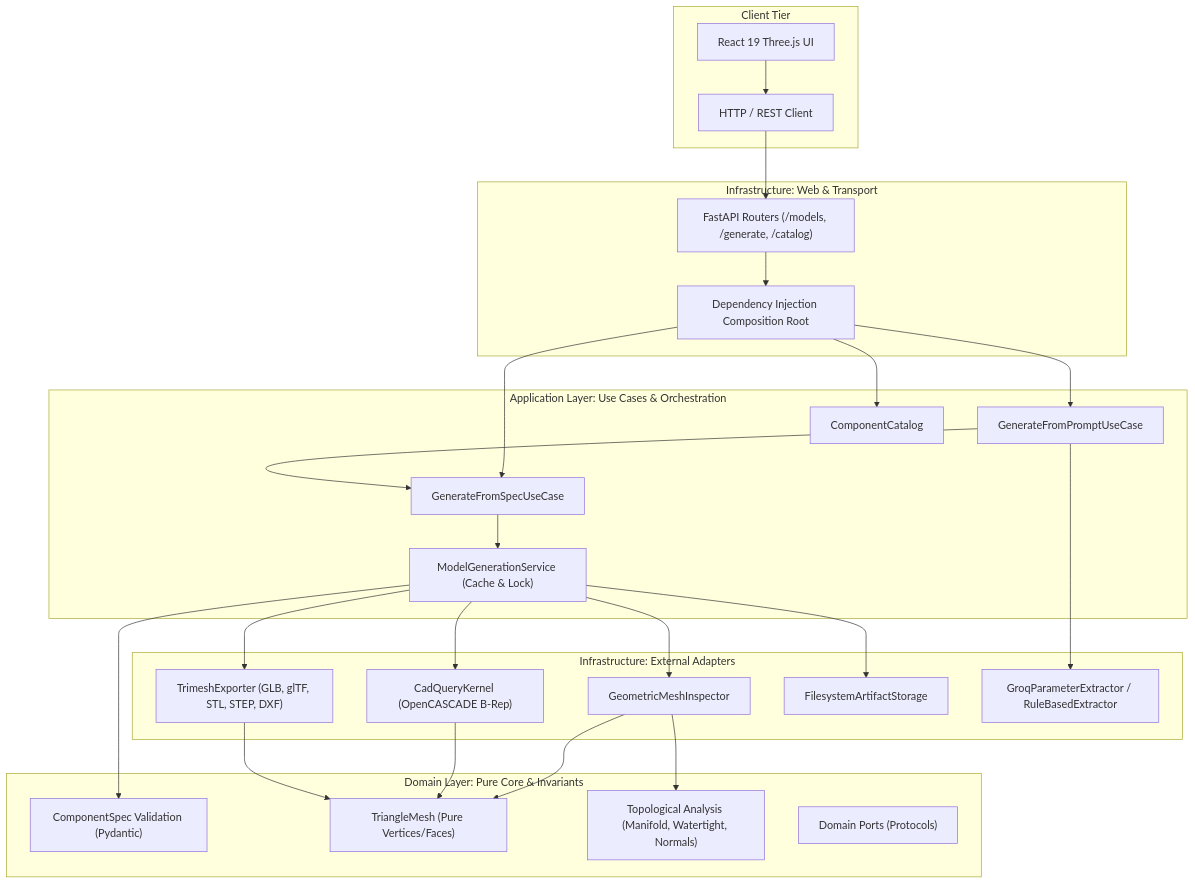
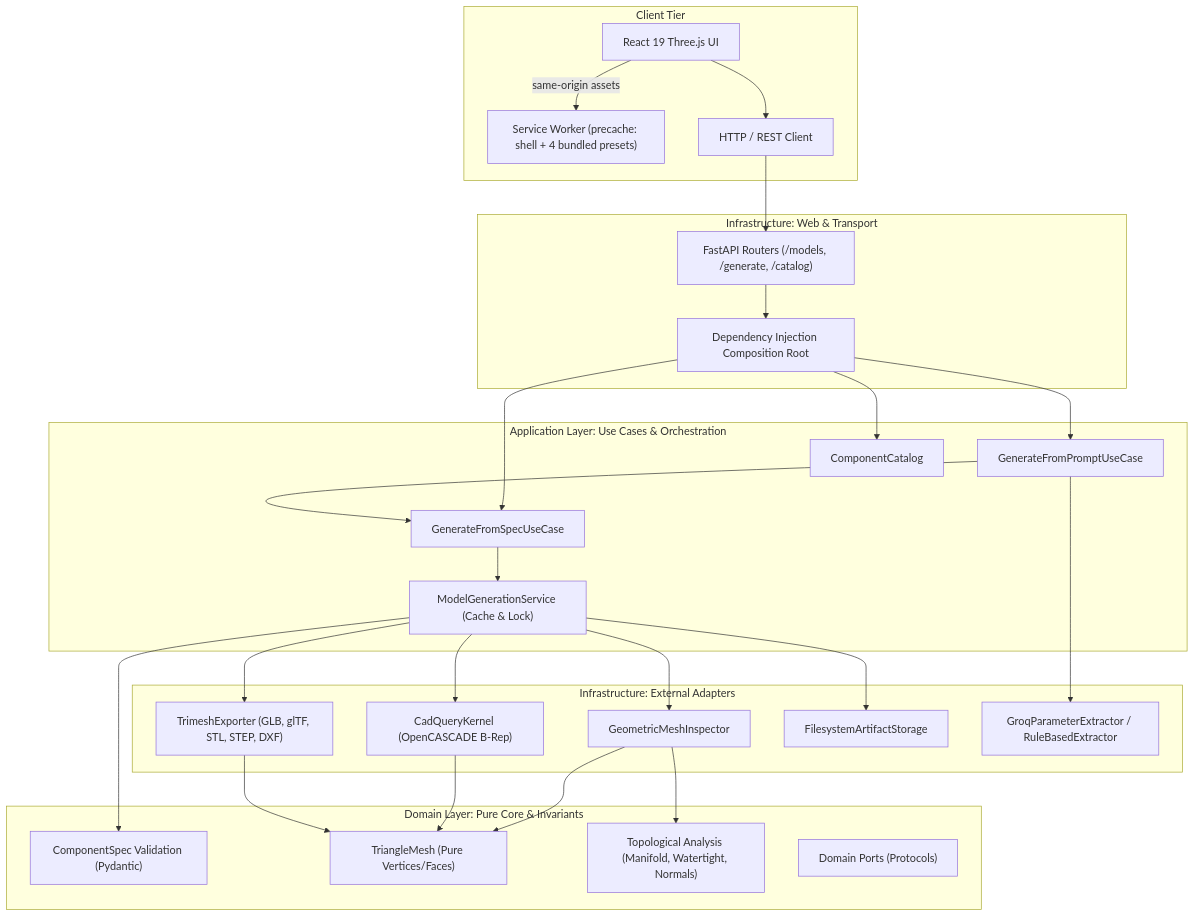
One commit to Nain9Dev/parametricad-ai changed the diagram in docs/04-architecture.md. Above: the diagram before and after it, drawn with Mermaid. The commit also changed other lines of this file and 89 other files, not shown here.

````diff
--- a/docs/04-architecture.md
+++ b/docs/04-architecture.md
@@ -30,56 +30,58 @@
 ```mermaid
 flowchart TD
     subgraph Client["Client Tier"]
         UI["React 19 Three.js UI"]
+        SW["Service Worker (precache: shell + 4 bundled presets)"]
         HTTP["HTTP / REST Client"]
     end
 
     subgraph API["Infrastructure: Web & Transport"]
         Router["FastAPI Routers (/models, /generate, /catalog)"]
         Deps["Dependency Injection Composition Root"]
     end
 
     subgraph App["Application Layer: Use Cases & Orchestration"]
         UC_Prompt["GenerateFromPromptUseCase"]
         UC_Spec["GenerateFromSpecUseCase"]
         Service["ModelGenerationService (Cache & Lock)"]
         Catalog["ComponentCatalog"]
     end
 
     subgraph Domain["Domain Layer: Pure Core & Invariants"]
         Specs["ComponentSpec Validation (Pydantic)"]
         Mesh["TriangleMesh (Pure Vertices/Faces)"]
         Analysis["Topological Analysis (Manifold, Watertight, Normals)"]
         Ports["Domain Ports (Protocols)"]
     end
 
     subgraph Adapters["Infrastructure: External Adapters"]
         Kernel["CadQueryKernel (OpenCASCADE B-Rep)"]
         Inspector["GeometricMeshInspector"]
         Exporter["TrimeshExporter (GLB, glTF, STL, STEP, DXF)"]
         Storage["FilesystemArtifactStorage"]
         LLM["GroqParameterExtractor / RuleBasedExtractor"]
     end
 
+    UI -->|same-origin assets| SW
     UI --> HTTP
     HTTP --> Router
     Router --> Deps
     Deps --> UC_Prompt
     Deps --> UC_Spec
     Deps --> Catalog
 
     UC_Prompt --> LLM
     UC_Prompt --> UC_Spec
     UC_Spec --> Service
 
     Service --> Specs
     Service --> Kernel
     Service --> Inspector
     Service --> Exporter
     Service --> Storage
 
     Inspector --> Analysis
     Inspector --> Mesh
     Kernel --> Mesh
     Exporter --> Mesh
 ```
````
